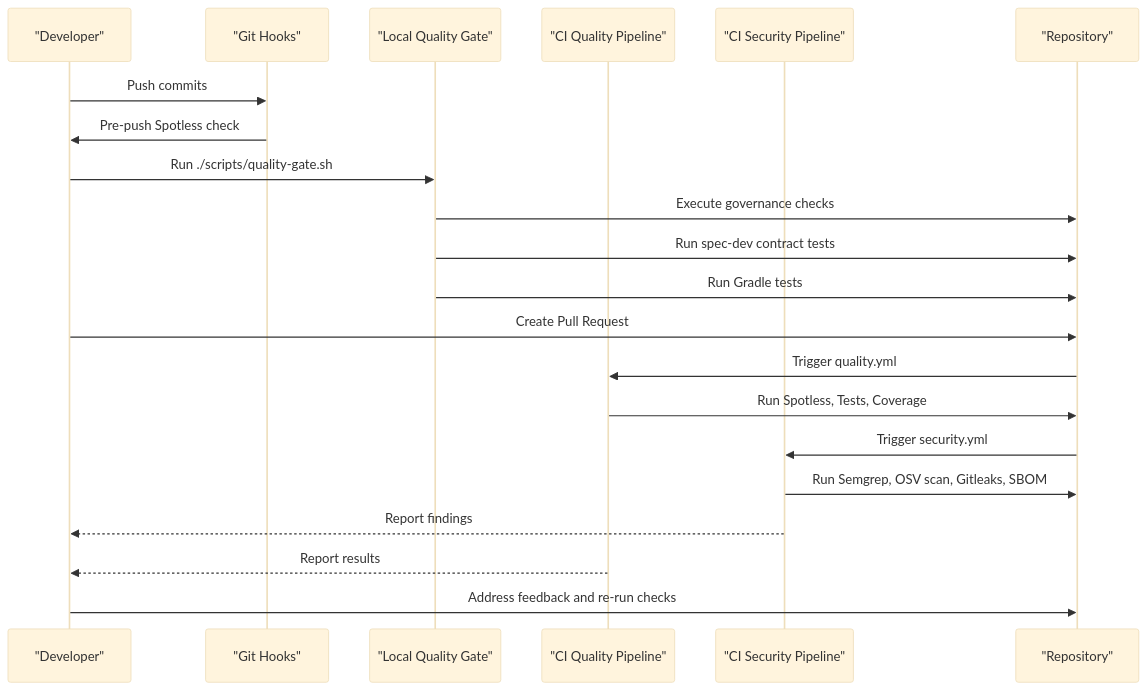
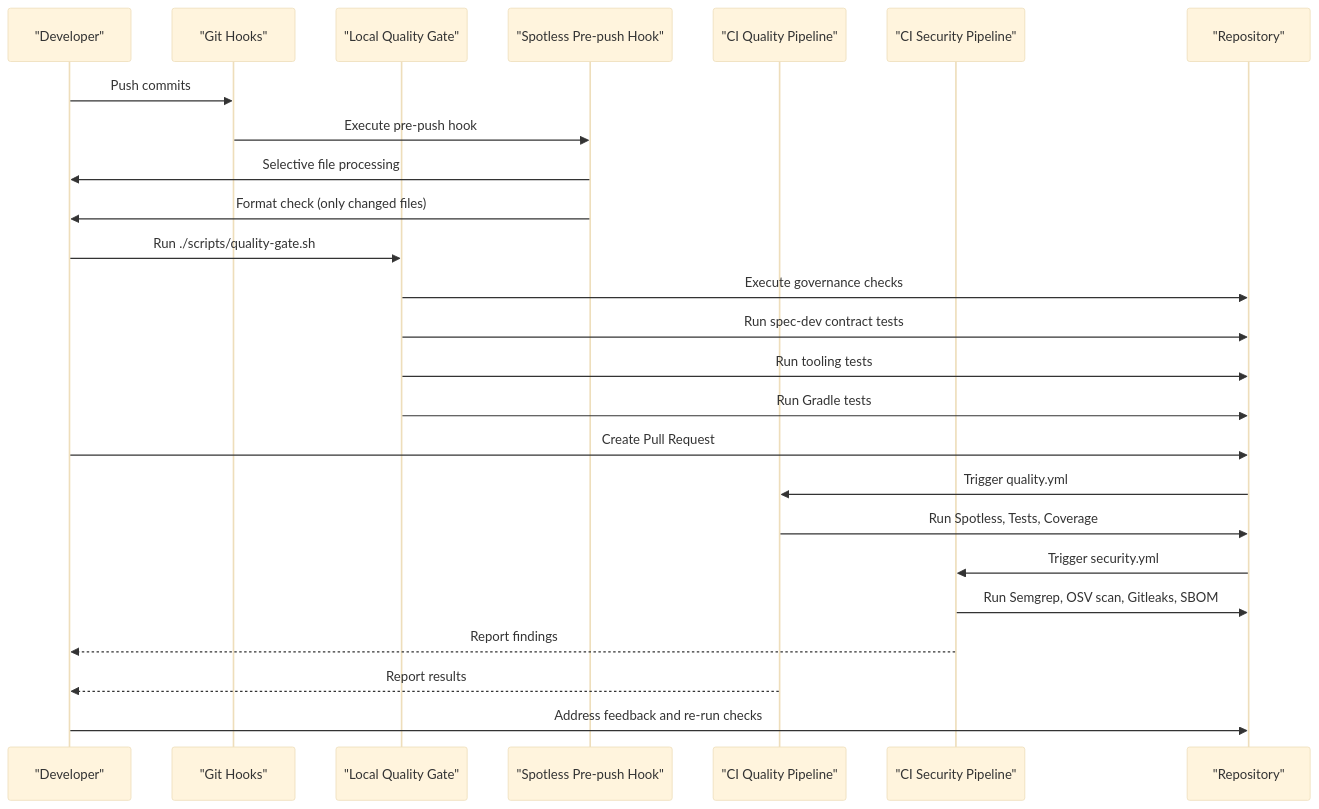
The second of 3 diagrams in .qoder/repowiki/en/content/Development Guide/Development Workflow & Process.md (ddd-mall/j-store), drawn with Mermaid (base theme) before and after one commit. The commit also changed other lines of this file and 278 other files, not shown here.

````diff
--- a/.qoder/repowiki/en/content/Development Guide/Development Workflow & Process.md
+++ b/.qoder/repowiki/en/content/Development Guide/Development Workflow & Process.md
@@ -87,23 +99,27 @@
 ```mermaid
 sequenceDiagram
 participant Dev as "Developer"
 participant Git as "Git Hooks"
 participant LG as "Local Quality Gate"
+participant SPH as "Spotless Pre-push Hook"
 participant CIQ as "CI Quality Pipeline"
 participant CIS as "CI Security Pipeline"
 participant Repo as "Repository"
 Dev->>Git : Push commits
-Git->>Dev : Pre-push Spotless check
+Git->>SPH : Execute pre-push hook
+SPH->>Dev : Selective file processing
+SPH->>Dev : Format check (only changed files)
 Dev->>LG : Run ./scripts/quality-gate.sh
 LG->>Repo : Execute governance checks
 LG->>Repo : Run spec-dev contract tests
+LG->>Repo : Run tooling tests
 LG->>Repo : Run Gradle tests
 Dev->>Repo : Create Pull Request
 Repo->>CIQ : Trigger quality.yml
 CIQ->>Repo : Run Spotless, Tests, Coverage
 Repo->>CIS : Trigger security.yml
 CIS->>Repo : Run Semgrep, OSV scan, Gitleaks, SBOM
 CIS-->>Dev : Report findings
 CIQ-->>Dev : Report results
 Dev->>Repo : Address feedback and re-run checks
 ```
````
